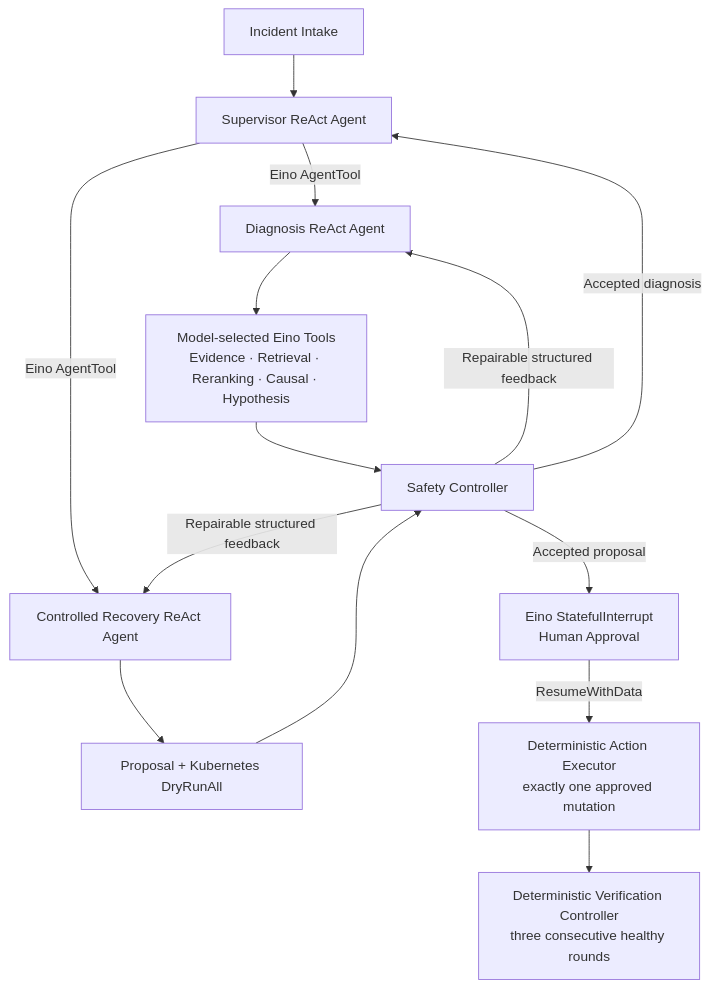
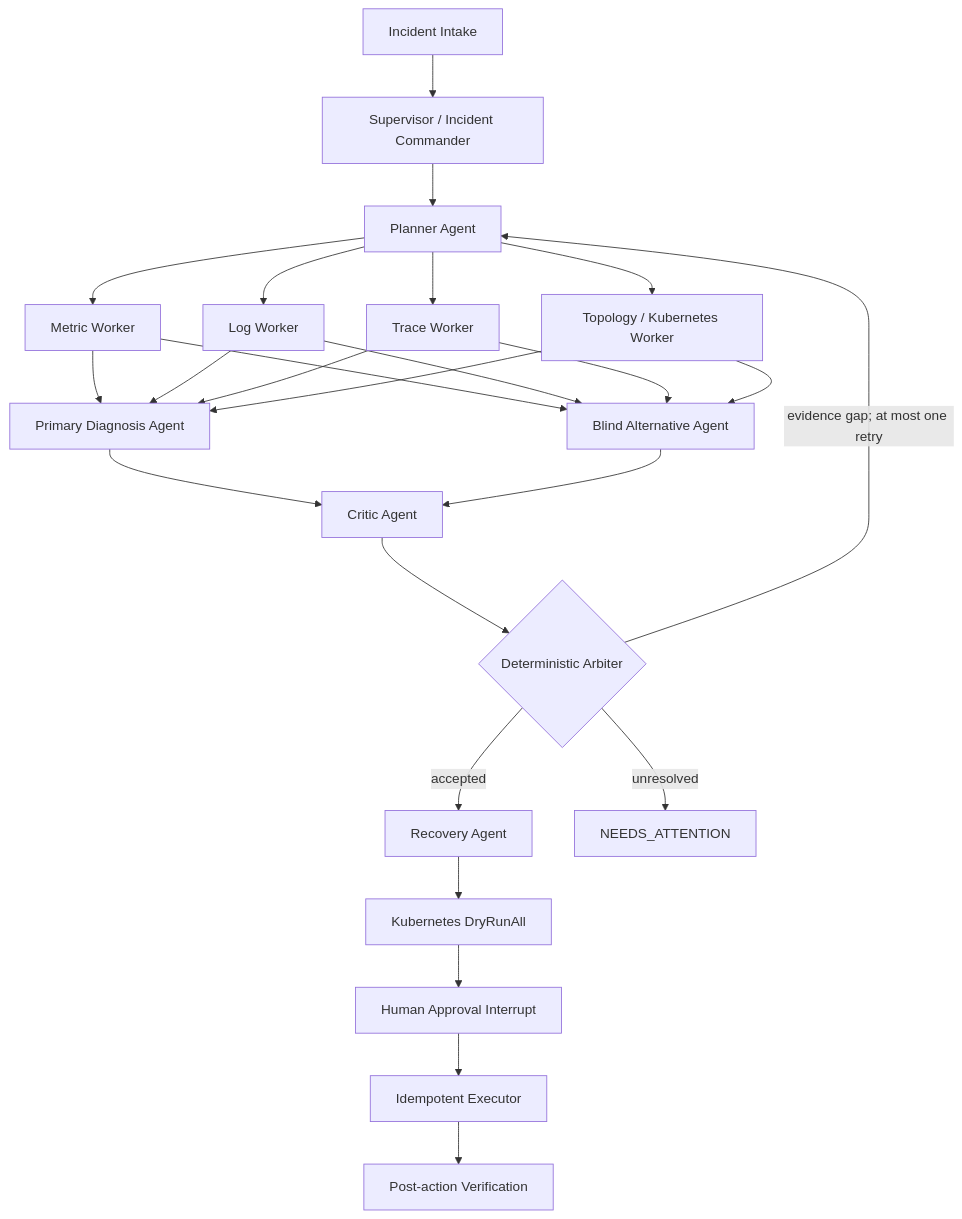
The first of 2 diagrams in README.md (GongShichen/kubepilot-aiops), drawn with Mermaid before and after one commit. The commit also changed other lines of this file and 125 other files, not shown here.

Commit message:
feat: implement causal SRE evaluation architecture

````diff
--- a/README.md
+++ b/README.md
@@ -23,16 +15,27 @@
 ```mermaid
 flowchart TD
-    A["Incident Intake"] --> S["Supervisor ReAct Agent"]
-    S -->|"Eino AgentTool"| D["Diagnosis ReAct Agent"]
-    D --> T["Model-selected Eino Tools<br/>Evidence · Retrieval · Reranking · Causal · Hypothesis"]
-    T --> G["Safety Controller"]
-    G -->|"Repairable structured feedback"| D
-    G -->|"Accepted diagnosis"| S
-    S -->|"Eino AgentTool"| R["Controlled Recovery ReAct Agent"]
-    R --> P["Proposal + Kubernetes DryRunAll"]
-    P --> G
-    G -->|"Repairable structured feedback"| R
-    G -->|"Accepted proposal"| I["Eino StatefulInterrupt<br/>Human Approval"]
-    I -->|"ResumeWithData"| X["Deterministic Action Executor<br/>exactly one approved mutation"]
-    X --> Q["Deterministic Verification Controller<br/>three consecutive healthy rounds"]
+    I["Incident Intake"] --> S["Supervisor / Incident Commander"]
+    S --> P["Planner Agent"]
+    P --> M["Metric Worker"]
+    P --> L["Log Worker"]
+    P --> T["Trace Worker"]
+    P --> K["Topology / Kubernetes Worker"]
+    M --> D["Primary Diagnosis Agent"]
+    L --> D
+    T --> D
+    K --> D
+    M --> A["Blind Alternative Agent"]
+    L --> A
+    T --> A
+    K --> A
+    D --> C["Critic Agent"]
+    A --> C
+    C --> R{"Deterministic Arbiter"}
+    R -->|"accepted"| REC["Recovery Agent"]
+    R -->|"evidence gap; at most one retry"| P
+    R -->|"unresolved"| H["NEEDS_ATTENTION"]
+    REC --> DR["Kubernetes DryRunAll"]
+    DR --> AP["Human Approval Interrupt"]
+    AP --> EX["Idempotent Executor"]
+    EX --> V["Post-action Verification"]
 ```
````
